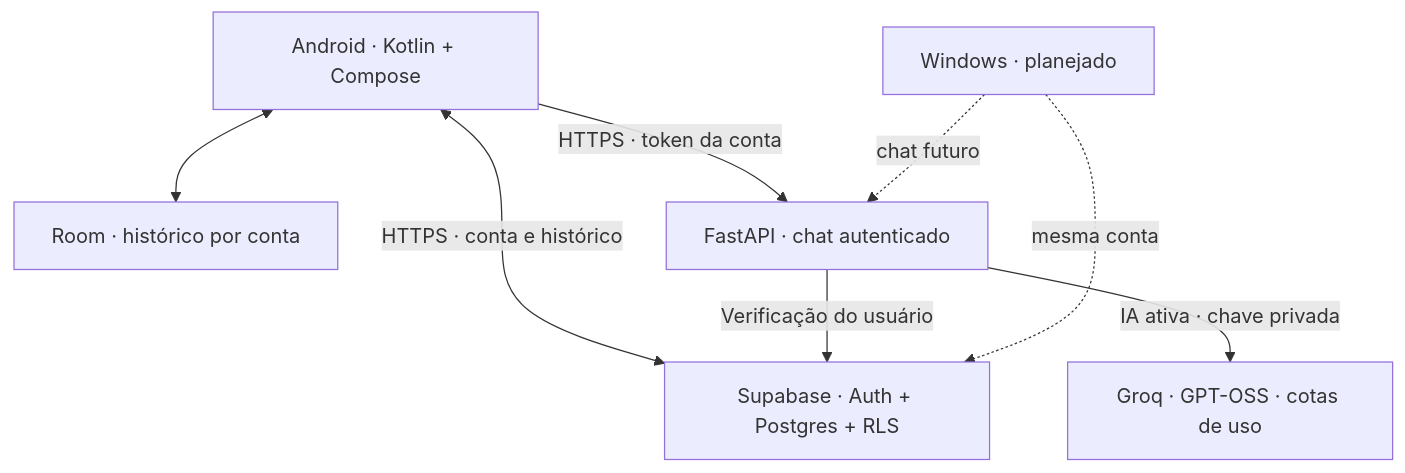
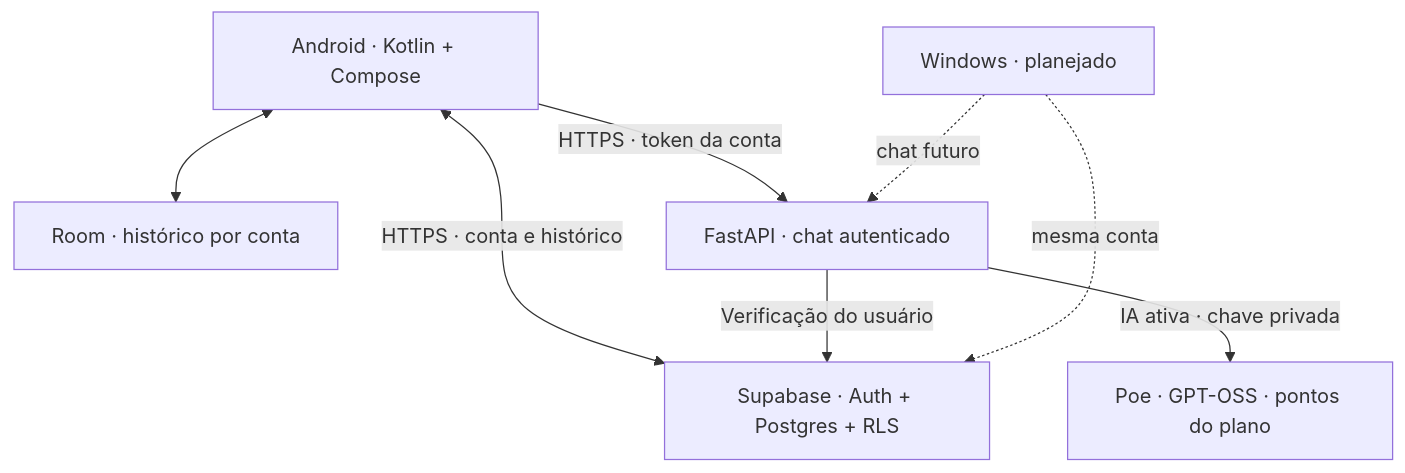
The second of 2 diagrams in README.md (Thiagofefe54/assistente-pessoal), drawn with Mermaid before and after one commit. The commit also changed other lines of this file and 4 other files, not shown here.

````diff
--- a/README.md
+++ b/README.md
@@ -164,10 +164,10 @@
 ```mermaid
 flowchart TD
     A[Android · Kotlin + Compose] <--> R[Room · histórico por conta]
     A <-->|HTTPS · conta e histórico| S[Supabase · Auth + Postgres + RLS]
     A -->|HTTPS · token da conta| B[FastAPI · chat autenticado]
     B -->|Verificação do usuário| S
-    B -->|IA ativa · chave privada| I[Groq · GPT-OSS · cotas de uso]
+    B -->|IA ativa · chave privada| I[Poe · GPT-OSS · pontos do plano]
     W[Windows · planejado] -. mesma conta .-> S
     W -. chat futuro .-> B
 ```
````
